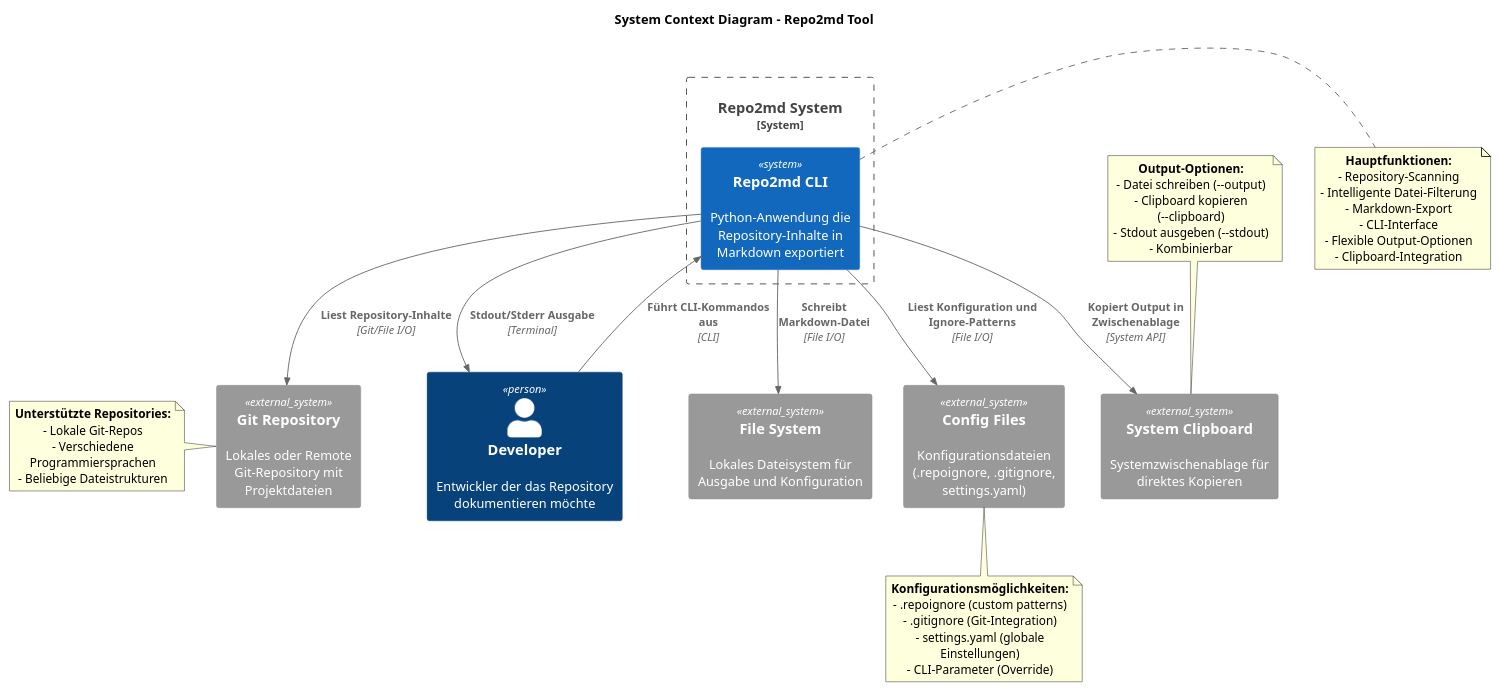
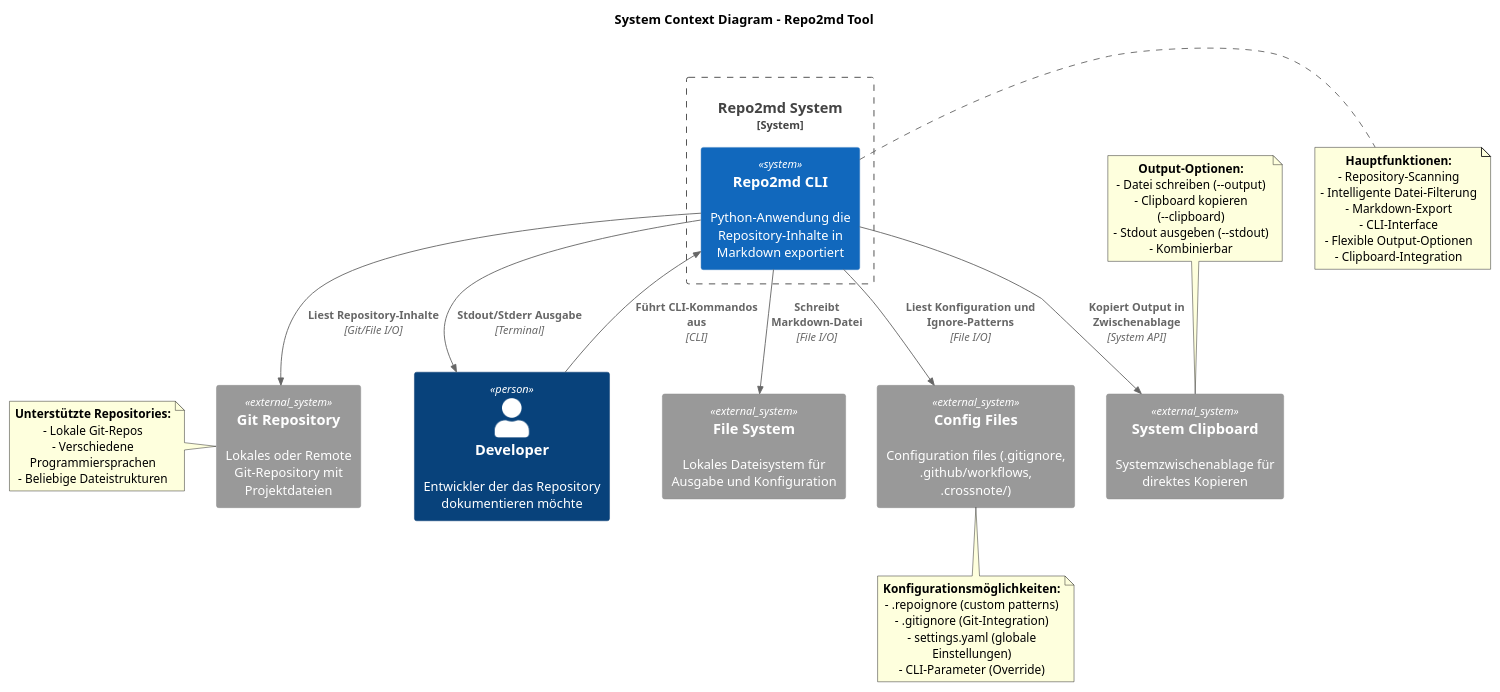
The diagram in docs/architecture/c4/01-system-context.puml (georghildebrand/repo2ai), drawn with PlantUML before and after one commit. The commit also changed 1 other file, not shown here.

Commit message:
Update L1 diagram

```diff
--- a/docs/architecture/c4/01-system-context.puml
+++ b/docs/architecture/c4/01-system-context.puml
@@ -1,57 +1,57 @@
 @startuml C4_Level1_repo2md
 !include https://raw.githubusercontent.com/plantuml-stdlib/C4-PlantUML/master/C4_Context.puml
 
 title System Context Diagram - Repo2md Tool
 
 Person(developer, "Developer", "Entwickler der das Repository dokumentieren möchte")
 
 System_Boundary(repoToMd, "Repo2md System") {
     System(repoToMdApp, "Repo2md CLI", "Python-Anwendung die Repository-Inhalte in Markdown exportiert")
 }
 
 System_Ext(gitRepo, "Git Repository", "Lokales oder Remote Git-Repository mit Projektdateien")
 System_Ext(fileSystem, "File System", "Lokales Dateisystem für Ausgabe und Konfiguration")
-System_Ext(configFiles, "Config Files", "Konfigurationsdateien (.repoignore, .gitignore, settings.yaml)")
+System_Ext(configFiles, "Config Files", "Configuration files (.gitignore, .github/workflows, .crossnote/)")
 System_Ext(clipboard, "System Clipboard", "Systemzwischenablage für direktes Kopieren")
 
 Rel(developer, repoToMdApp, "Führt CLI-Kommandos aus", "CLI")
 Rel(repoToMdApp, gitRepo, "Liest Repository-Inhalte", "Git/File I/O")
 Rel(repoToMdApp, fileSystem, "Schreibt Markdown-Datei", "File I/O")
 Rel(repoToMdApp, configFiles, "Liest Konfiguration und Ignore-Patterns", "File I/O")
 Rel(repoToMdApp, clipboard, "Kopiert Output in Zwischenablage", "System API")
 Rel(repoToMdApp, developer, "Stdout/Stderr Ausgabe", "Terminal")
 
 note right of repoToMdApp
   **Hauptfunktionen:**
   - Repository-Scanning
   - Intelligente Datei-Filterung
   - Markdown-Export
   - CLI-Interface
   - Flexible Output-Optionen
   - Clipboard-Integration
 end note
 
 note left of gitRepo
   **Unterstützte Repositories:**
   - Lokale Git-Repos
   - Verschiedene Programmiersprachen
   - Beliebige Dateistrukturen
 end note
 
 note bottom of configFiles
   **Konfigurationsmöglichkeiten:**
   - .repoignore (custom patterns)
   - .gitignore (Git-Integration)
   - settings.yaml (globale Einstellungen)
   - CLI-Parameter (Override)
 end note
 
 note top of clipboard
   **Output-Optionen:**
   - Datei schreiben (--output)
   - Clipboard kopieren (--clipboard)
   - Stdout ausgeben (--stdout)
   - Kombinierbar
 end note
 
 @enduml
```
